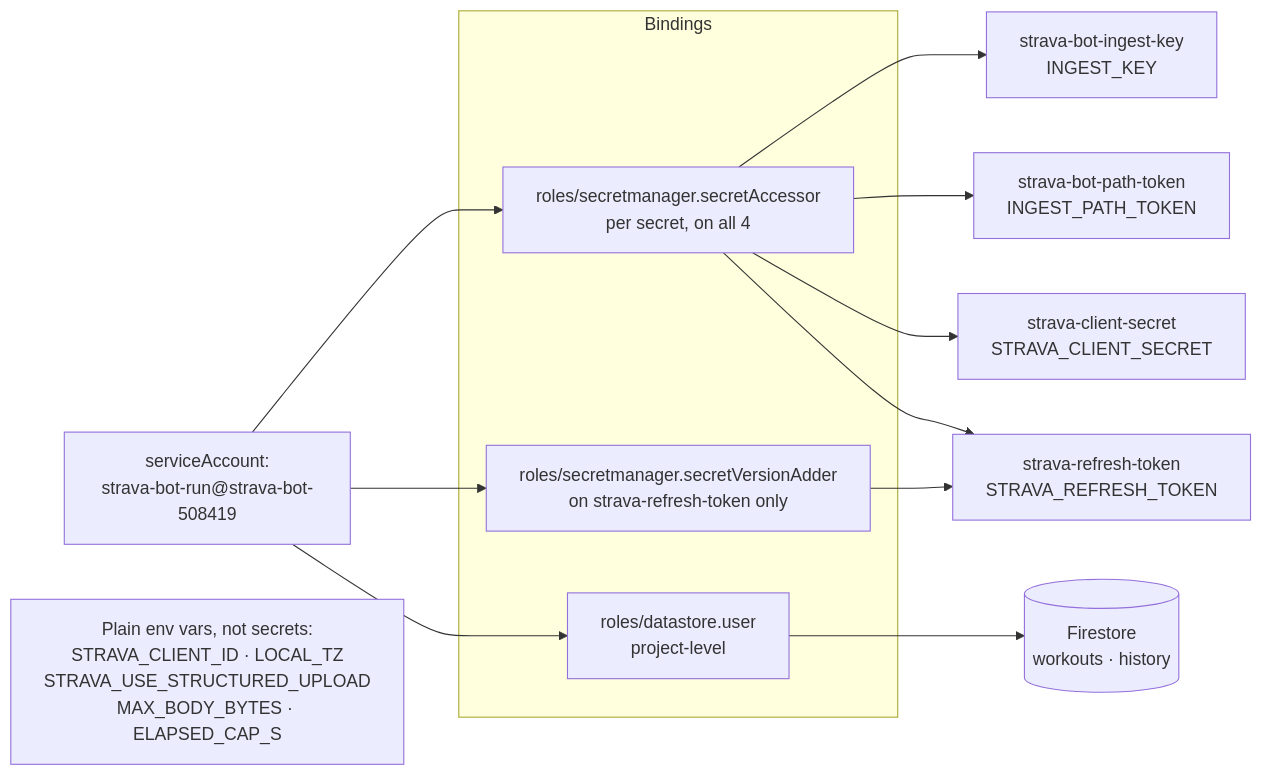
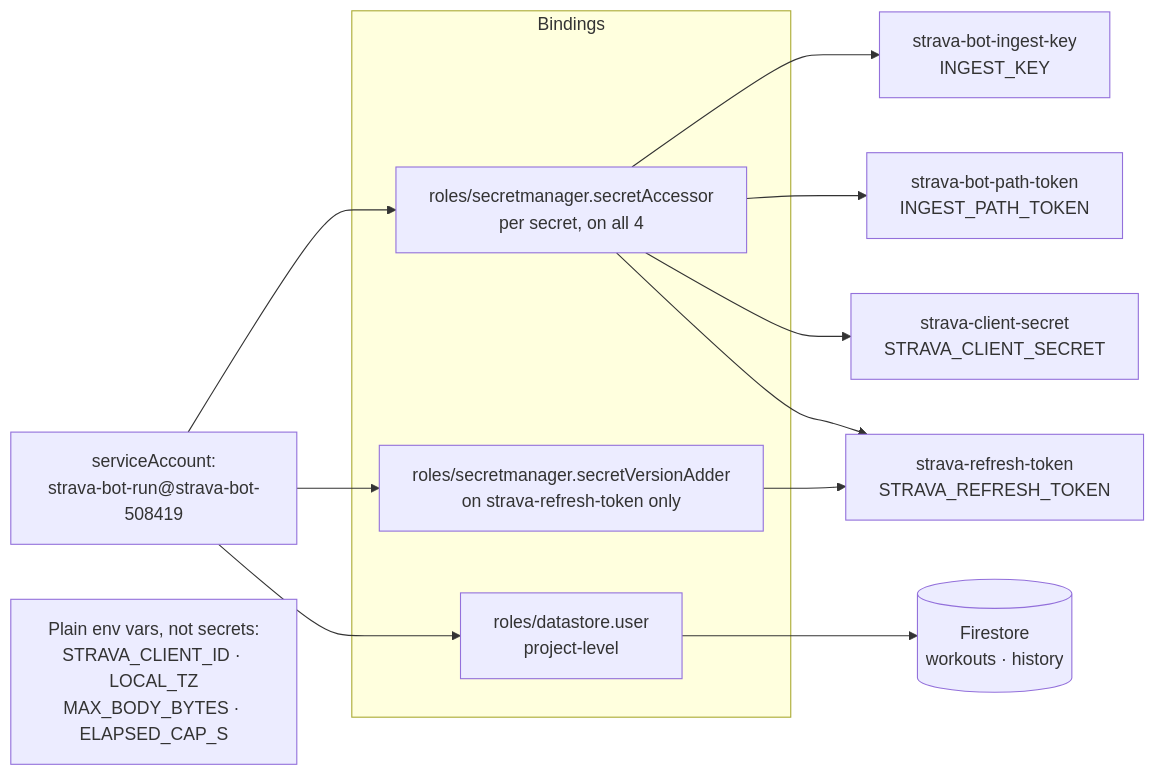
Before and after one commit to jacob-rubin/strava-bot: the fifth of 9 diagrams in docs/architecture.md, drawn with Mermaid. The commit also changed other lines of this file and 29 other files, not shown here.

````diff
--- a/docs/architecture.md
+++ b/docs/architecture.md
@@ -205,23 +205,23 @@
 ```mermaid
 flowchart LR
     sa["serviceAccount:<br/>strava-bot-run@strava-bot-508419"]
 
     subgraph roles["Bindings"]
         r1["roles/secretmanager.secretAccessor<br/>per secret, on all 4"]
         r2["roles/secretmanager.secretVersionAdder<br/>on strava-refresh-token only"]
         r3["roles/datastore.user<br/>project-level"]
     end
 
     sa --> r1
     sa --> r2
     sa --> r3
 
     r1 --> k1["strava-bot-ingest-key<br/>INGEST_KEY"]
     r1 --> k2["strava-bot-path-token<br/>INGEST_PATH_TOKEN"]
     r1 --> k3["strava-client-secret<br/>STRAVA_CLIENT_SECRET"]
     r1 --> k4["strava-refresh-token<br/>STRAVA_REFRESH_TOKEN"]
     r2 --> k4
     r3 --> fs[("Firestore<br/>workouts · history")]
 
-    env["Plain env vars, not secrets:<br/>STRAVA_CLIENT_ID · LOCAL_TZ<br/>STRAVA_USE_STRUCTURED_UPLOAD<br/>MAX_BODY_BYTES · ELAPSED_CAP_S"]
+    env["Plain env vars, not secrets:<br/>STRAVA_CLIENT_ID · LOCAL_TZ<br/>MAX_BODY_BYTES · ELAPSED_CAP_S"]
 ```
````
